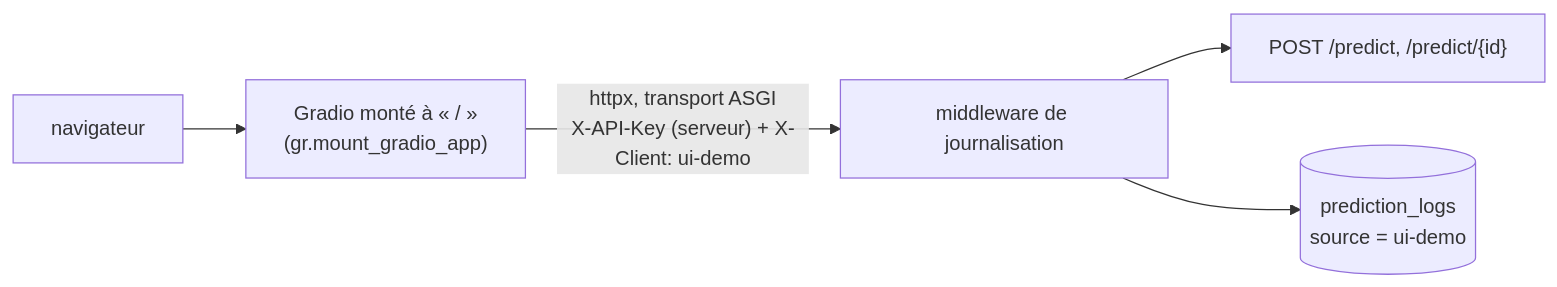
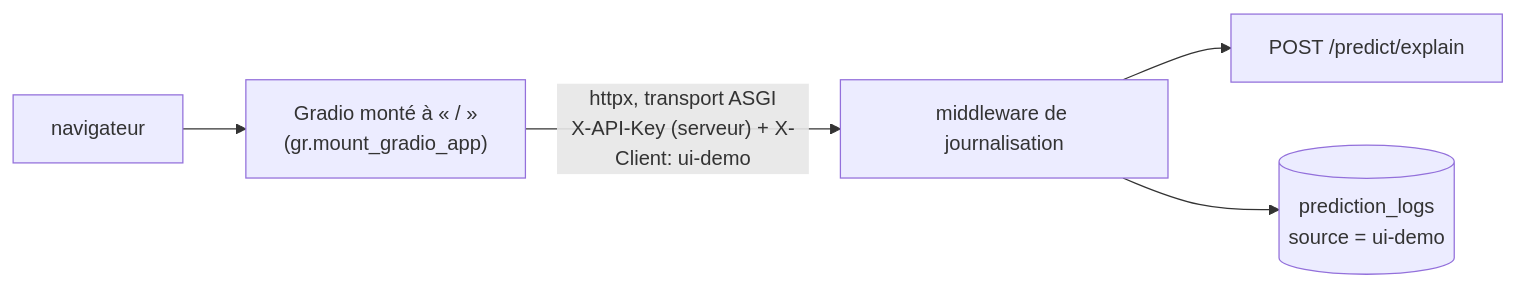
One commit to WillIsback/OC-AIE-P8-Confirmez-vos-competences-en-MLOps-Partie-2 changed the diagram in docs/ui/README.md. Above: the diagram before and after it, drawn with Mermaid. The commit also changed other lines of this file and 2 other files, not shown here.

````diff
--- a/docs/ui/README.md
+++ b/docs/ui/README.md
@@ -31,7 +44,7 @@
 ```mermaid
 flowchart LR
   nav["navigateur"] --> ui["Gradio monté à « / »<br/>(gr.mount_gradio_app)"]
   ui -- "httpx, transport ASGI<br/>X-API-Key (serveur) + X-Client: ui-demo" --> mw["middleware de journalisation"]
-  mw --> api["POST /predict, /predict/{id}"]
+  mw --> api["POST /predict/explain"]
   mw --> logs[("prediction_logs<br/>source = ui-demo")]
 ```
````
